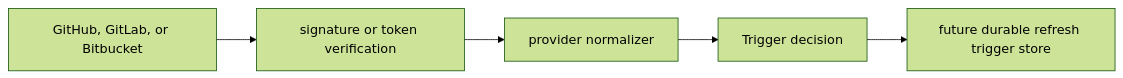
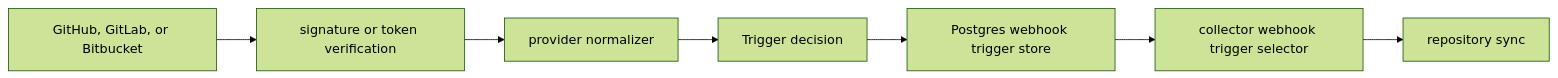
One commit to eshu-hq/eshu changed the diagram in go/internal/webhook/README.md. Above: the diagram before and after it, drawn with Mermaid (forest theme). The commit also changed other lines of this file and 61 other files, not shown here.

````diff
--- a/go/internal/webhook/README.md
+++ b/go/internal/webhook/README.md
@@ -14,7 +14,9 @@
 ```mermaid
 flowchart LR
   Provider["GitHub, GitLab, or Bitbucket"] --> Verify["signature or token verification"]
   Verify --> Normalize["provider normalizer"]
   Normalize --> Trigger["Trigger decision"]
-  Trigger --> Durable["future durable refresh trigger store"]
+  Trigger --> Durable["Postgres webhook trigger store"]
+  Durable --> Selector["collector webhook trigger selector"]
+  Selector --> GitSync["repository sync"]
 ```
````
